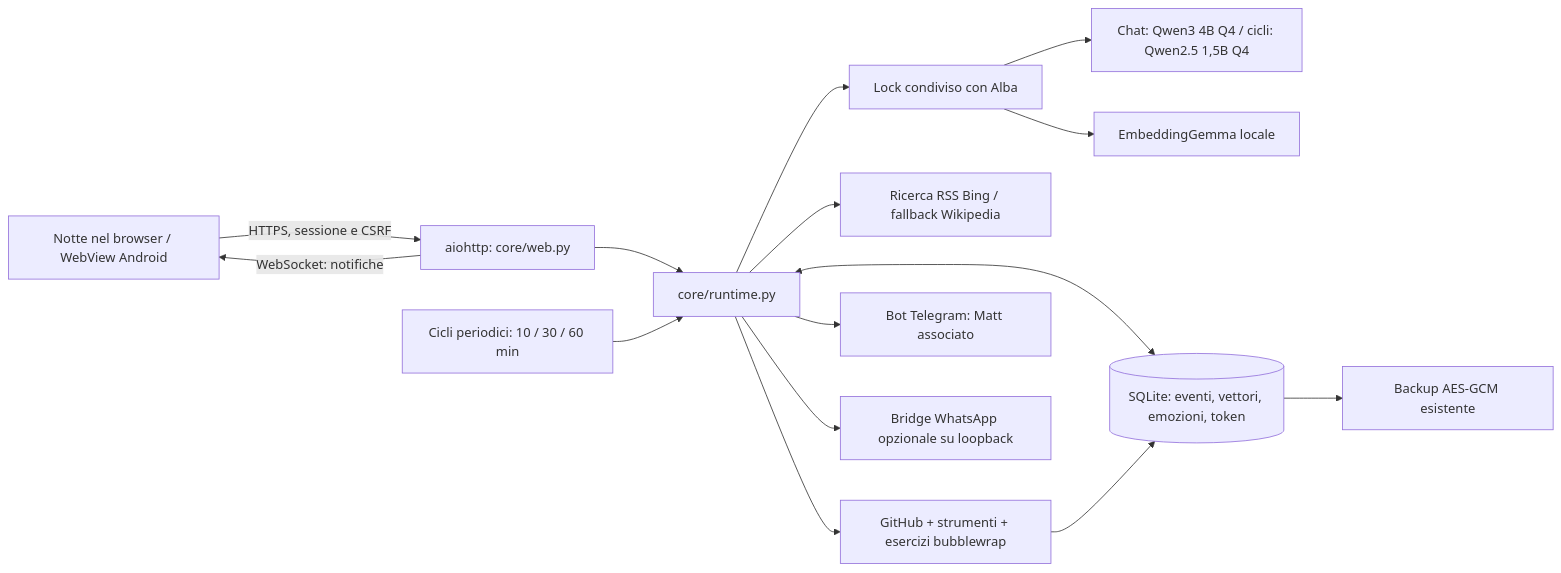
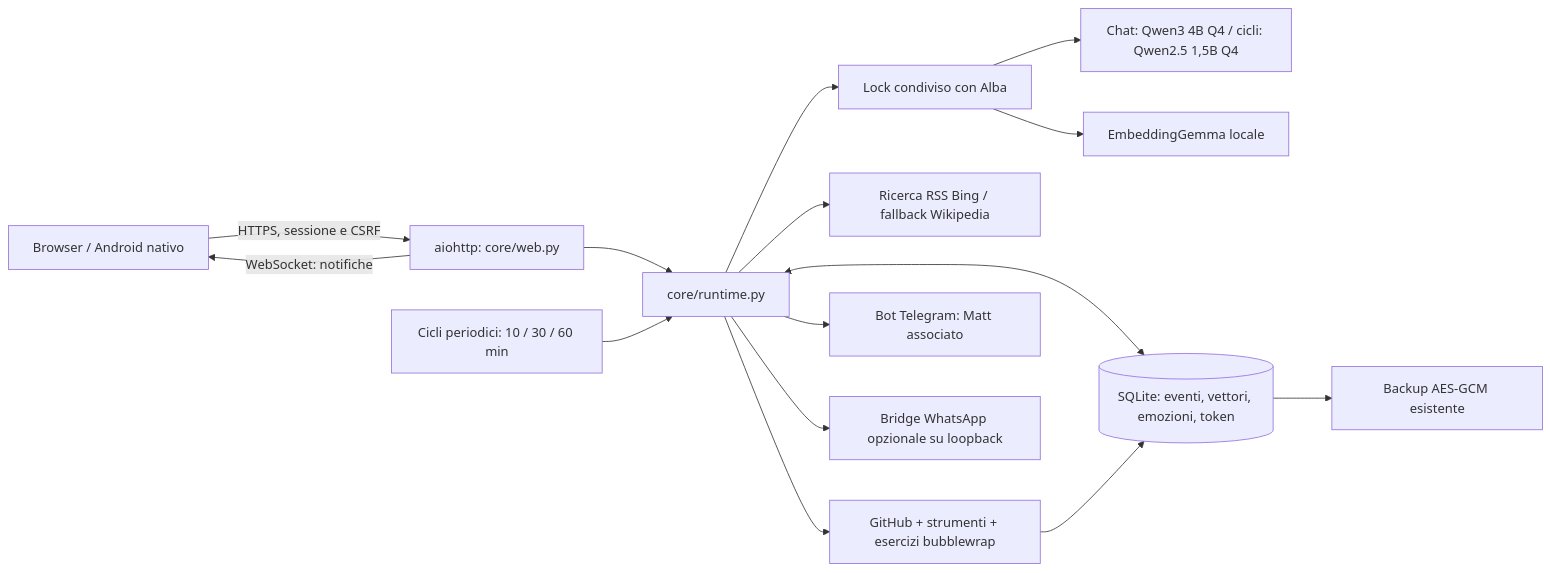
One commit to Dvlce/alba-tramonto changed the diagram in docs/ALBA_CORE.md. Above: the diagram before and after it, drawn with Mermaid. The commit also changed other lines of this file and 32 other files, not shown here.

````diff
--- a/docs/ALBA_CORE.md
+++ b/docs/ALBA_CORE.md
@@ -7,17 +7,17 @@
 ```mermaid
 flowchart LR
-    Browser[Notte nel browser / WebView Android] -->|HTTPS, sessione e CSRF| API[aiohttp: core/web.py]
+    Browser[Browser / Android nativo] -->|HTTPS, sessione e CSRF| API[aiohttp: core/web.py]
     API --> Core[core/runtime.py]
     Clock[Cicli periodici: 10 / 30 / 60 min] --> Core
     Core --> Lock[Lock condiviso con Alba]
     Lock --> LLM[Chat: Qwen3 4B Q4 / cicli: Qwen2.5 1,5B Q4]
     Lock --> Embed[EmbeddingGemma locale]
     Core <--> SQLite[(SQLite: eventi, vettori, emozioni, token)]
     Core --> Web[Ricerca RSS Bing / fallback Wikipedia]
     Core --> Lab[GitHub + strumenti + esercizi bubblewrap]
     Lab --> SQLite
     Core --> Telegram[Bot Telegram: Matt associato]
     Core --> Bridge[Bridge WhatsApp opzionale su loopback]
     SQLite --> Backup[Backup AES-GCM esistente]
     API -->|WebSocket: notifiche| Browser
 ```
````
